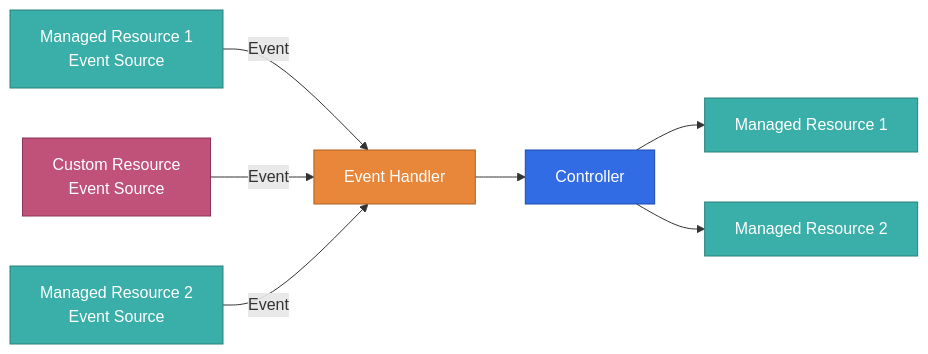
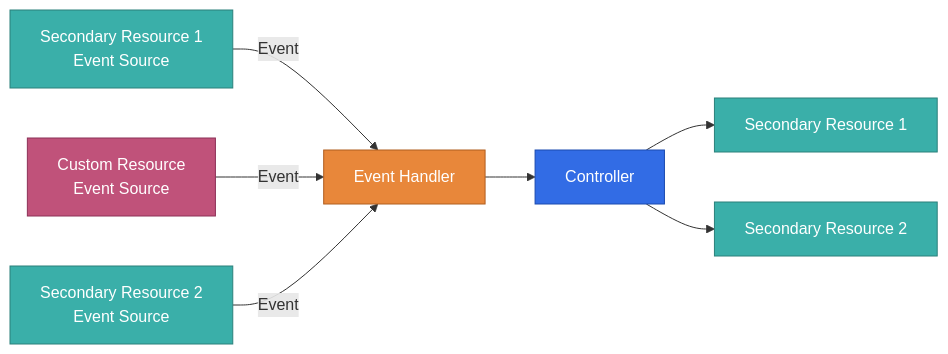
The diagram in docs/content/en/docs/documentation/eventing.md (operator-framework/java-operator-sdk), drawn with Mermaid before and after one commit.

````diff
--- a/docs/content/en/docs/documentation/eventing.md
+++ b/docs/content/en/docs/documentation/eventing.md
@@ -26,18 +26,18 @@
 ```mermaid
 graph LR
-    MR1ES["Managed Resource 1
+    SR1ES["Secondary Resource 1
     Event Source"]:::eventsource -- Event --> EH["Event Handler"]:::handler
     CRES["Custom Resource
     Event Source"]:::primary -- Event --> EH
-    MR2ES["Managed Resource 2
+    SR2ES["Secondary Resource 2
     Event Source"]:::eventsource -- Event --> EH
     EH --> C["Controller"]:::controller
-    C --> MR1["Managed Resource 1"]:::managed
-    C --> MR2["Managed Resource 2"]:::managed
+    C --> SR1["Secondary Resource 1"]:::secondary
+    C --> SR2["Secondary Resource 2"]:::secondary
 
     classDef eventsource fill:#3AAFA9,stroke:#2B807B,color:#fff
     classDef primary fill:#C0527A,stroke:#8C3057,color:#fff
     classDef handler fill:#E8873A,stroke:#B05E1F,color:#fff
     classDef controller fill:#326CE5,stroke:#1A4AAF,color:#fff
-    classDef managed fill:#3AAFA9,stroke:#2B807B,color:#fff
+    classDef secondary fill:#3AAFA9,stroke:#2B807B,color:#fff
 ```
````
